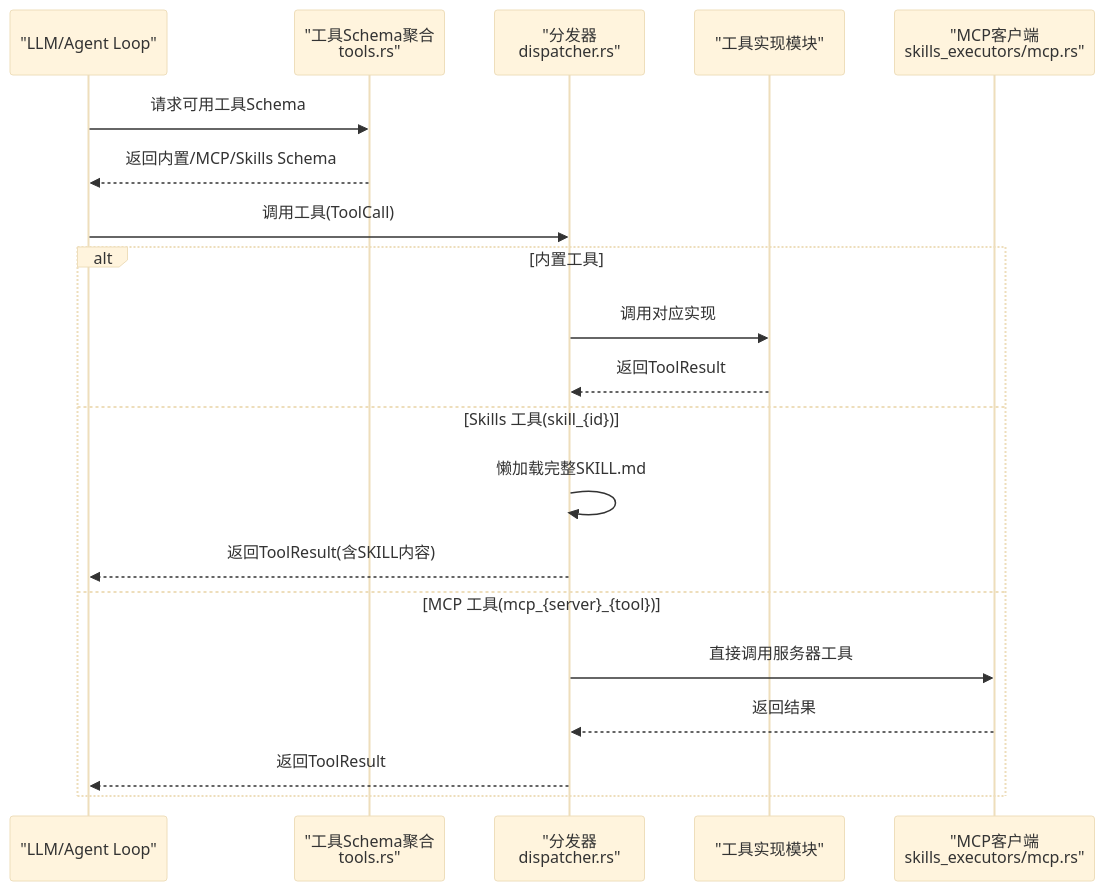
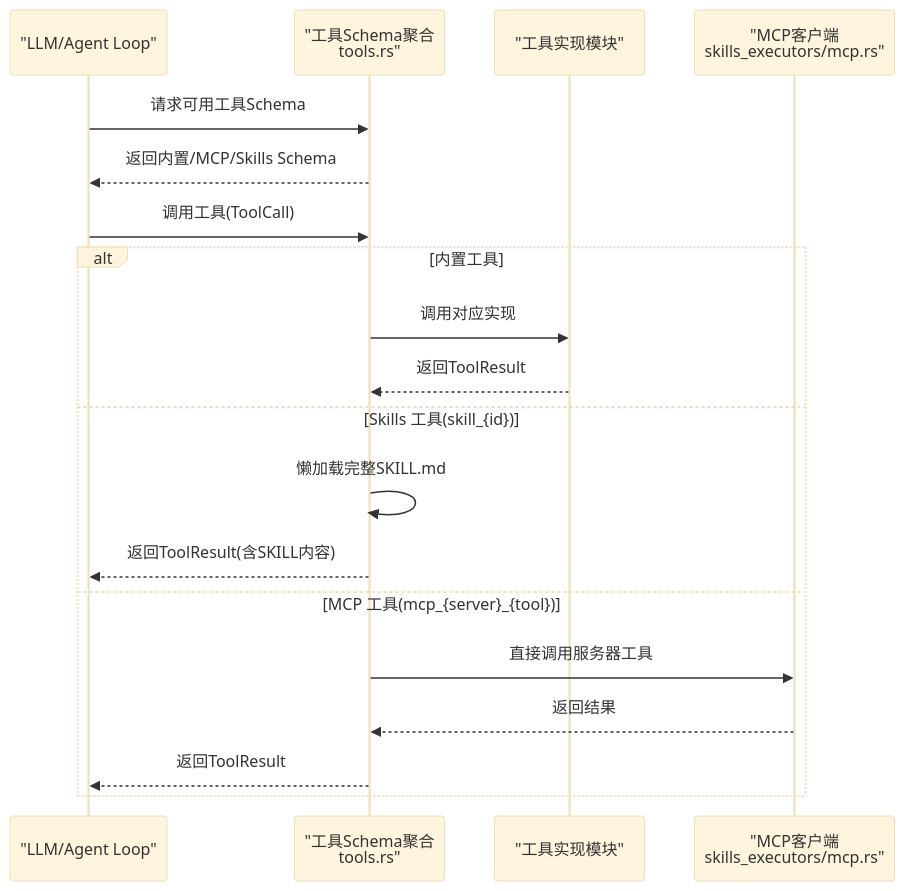
The second of 5 diagrams in .qoder/repowiki/zh/content/AI 代理系统/工具调度器.md (baike08/cosurf), drawn with Mermaid (base theme) before and after one commit. The commit also changed other lines of this file and 15 other files, not shown here.

````diff
--- a/.qoder/repowiki/zh/content/AI 代理系统/工具调度器.md
+++ b/.qoder/repowiki/zh/content/AI 代理系统/工具调度器.md
@@ -131,22 +103,21 @@
 ```mermaid
 sequenceDiagram
 participant LLM as "LLM/Agent Loop"
 participant Tools as "工具Schema聚合<br/>tools.rs"
-participant Disp as "分发器<br/>dispatcher.rs"
 participant Impl as "工具实现模块"
 participant MCP as "MCP客户端<br/>skills_executors/mcp.rs"
 LLM->>Tools : 请求可用工具Schema
 Tools-->>LLM : 返回内置/MCP/Skills Schema
-LLM->>Disp : 调用工具(ToolCall)
+LLM->>Tools : 调用工具(ToolCall)
 alt 内置工具
-Disp->>Impl : 调用对应实现
-Impl-->>Disp : 返回ToolResult
+Tools->>Impl : 调用对应实现
+Impl-->>Tools : 返回ToolResult
 else Skills 工具(skill_{id})
-Disp->>Disp : 懒加载完整SKILL.md
-Disp-->>LLM : 返回ToolResult(含SKILL内容)
+Tools->>Tools : 懒加载完整SKILL.md
+Tools-->>LLM : 返回ToolResult(含SKILL内容)
 else MCP 工具(mcp_{server}_{tool})
-Disp->>MCP : 直接调用服务器工具
-MCP-->>Disp : 返回结果
-Disp-->>LLM : 返回ToolResult
+Tools->>MCP : 直接调用服务器工具
+MCP-->>Tools : 返回结果
+Tools-->>LLM : 返回ToolResult
 end
 ```
````
